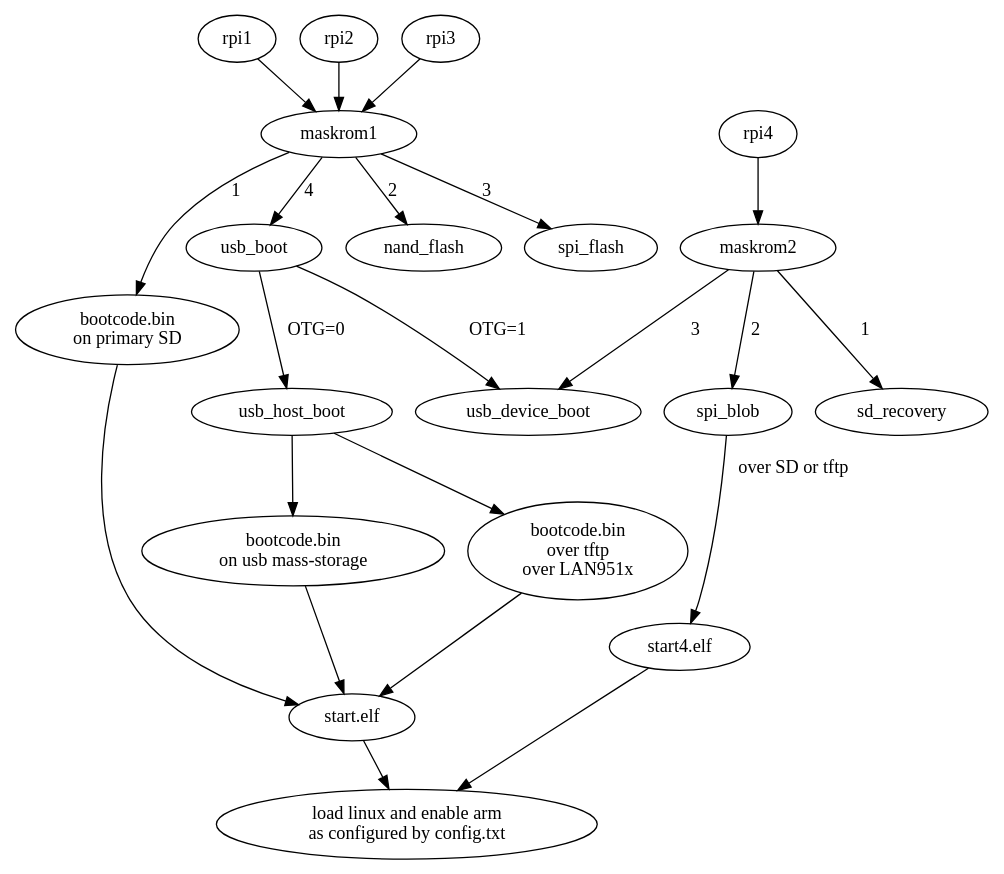
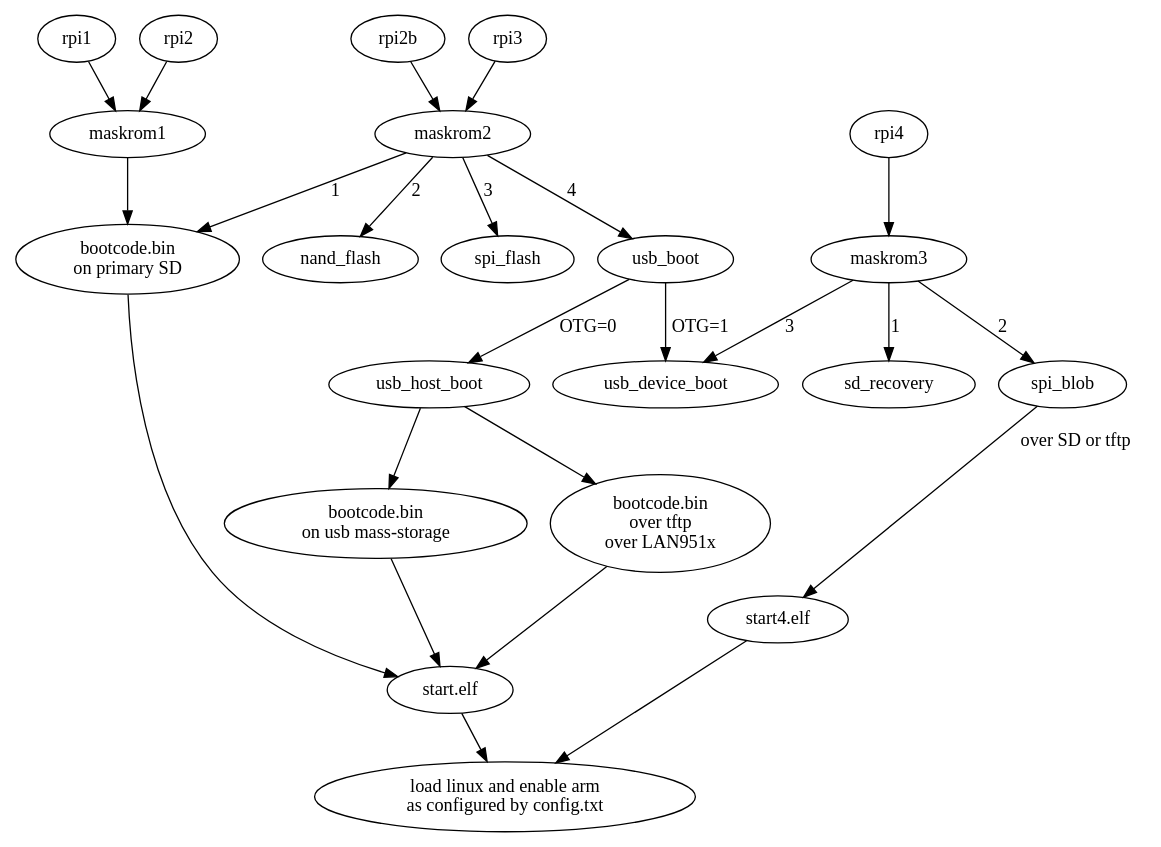
Before and after one commit to librerpi/rpi-open-firmware: the diagram in official-boot-flow.dot, drawn with Graphviz. The commit also changed 1 other file, not shown here.

Commit message:
correct usb boot info

```diff
--- a/official-boot-flow.dot
+++ b/official-boot-flow.dot
@@ -1,37 +1,40 @@
 digraph {
   rpi1 -> maskrom1
   rpi2 -> maskrom1
-  rpi3 -> maskrom1
-  rpi4 -> maskrom2
+  rpi2b -> maskrom2
+  rpi3 -> maskrom2
+  rpi4 -> maskrom3
 
-  maskrom1 -> sd_bootcode [ label="1" ]
-  maskrom1 -> nand_flash [ label="2" ]
-  maskrom1 -> spi_flash [ label="3" ]
-  maskrom1 -> usb_boot [ label="4" ]
+  maskrom1 -> sd_bootcode
 
-  maskrom2 -> sd_recovery [ label="1" ]
-  maskrom2 -> spi_blob [ label="2" ]
-  maskrom2 -> usb_device_boot [ label="3" ]
+  maskrom2 -> sd_bootcode [ label="1" ]
+  maskrom2 -> nand_flash [ label="2" ]
+  maskrom2 -> spi_flash [ label="3" ]
+  maskrom2 -> usb_boot [ label="4" ]
+
+  maskrom3 -> sd_recovery [ label="1" ]
+  maskrom3 -> spi_blob [ label="2" ]
+  maskrom3 -> usb_device_boot [ label="3" ]
 
   usb_boot -> usb_host_boot [ label="OTG=0" ]
   usb_boot -> usb_device_boot [ label="OTG=1" ]
 
   usb_host_boot -> usb_bootcode
   usb_host_boot -> usb_netboot
 
   sd_bootcode -> start_elf
   usb_bootcode -> start_elf
   usb_netboot -> start_elf
 
   spi_blob -> start4_elf [ label="over SD or tftp" ]
 
   start_elf -> final
   start4_elf -> final
 
   sd_bootcode [ label="bootcode.bin\non primary SD" ]
   usb_bootcode [ label="bootcode.bin\non usb mass-storage" ]
   usb_netboot [ label="bootcode.bin\nover tftp\nover LAN951x" ]
   start_elf [ label="start.elf" ]
   start4_elf [ label="start4.elf" ]
   final [ label="load linux and enable arm\nas configured by config.txt" ]
 }
```
